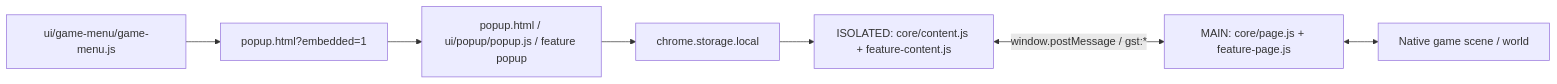
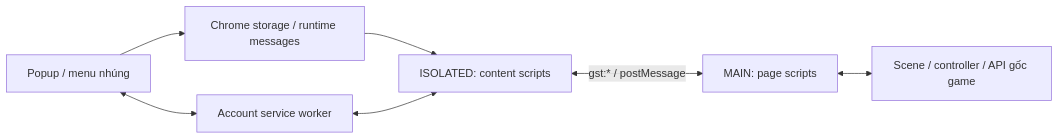
Before and after one commit to Vibe-Milk/game-speed-tester: the first of 2 diagrams in CODEGRAPH.md, drawn with Mermaid. The commit also changed other lines of this file and 2 other files, not shown here.

````diff
--- a/CODEGRAPH.md
+++ b/CODEGRAPH.md
@@ -40,9 +23,9 @@
 ```mermaid
 flowchart LR
-  P["popup.html / ui/popup/popup.js / feature popup"] --> S["chrome.storage.local"]
-  S --> I["ISOLATED: core/content.js + feature-content.js"]
-  I <-->|"window.postMessage / gst:*"| M["MAIN: core/page.js + feature-page.js"]
-  M <--> G["Native game scene / world"]
-  X["ui/game-menu/game-menu.js"] --> E["popup.html?embedded=1"]
-  E --> P
+  P["Popup / menu nhúng"] --> S["Chrome storage / runtime messages"]
+  S --> I["ISOLATED: content scripts"]
+  I <-->|"gst:* / postMessage"| M["MAIN: page scripts"]
+  M <--> G["Scene / controller / API gốc game"]
+  B["Account service worker"] <--> I
+  P <--> B
 ```
````
